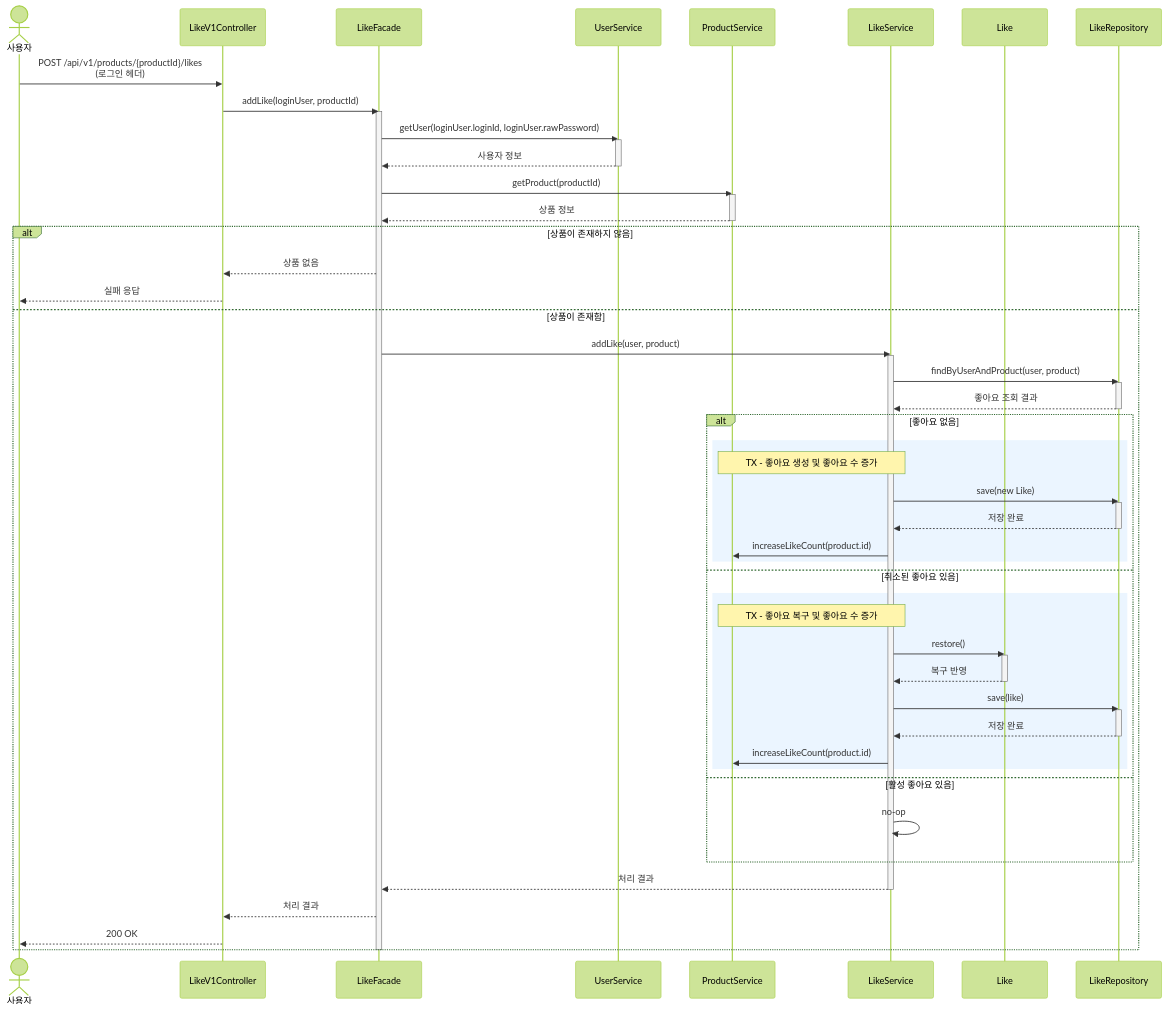
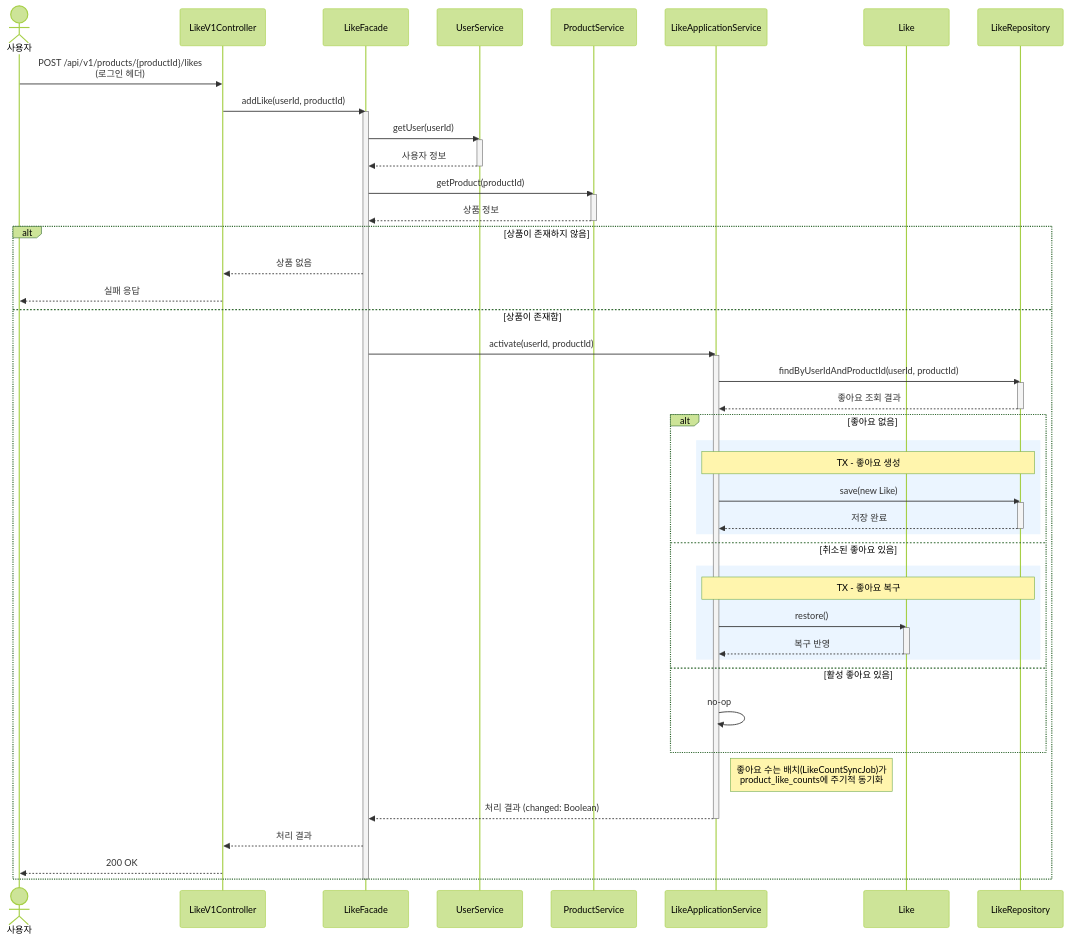
The fourth of 7 diagrams in docs/week2/02-sequence-diagrams.md (loopers-labs/loop-pack-be-l2-vol4-kotlin), drawn with Mermaid (forest theme) before and after one commit. The commit also changed other lines of this file and 3 other files, not shown here.

````diff
--- a/docs/week2/02-sequence-diagrams.md
+++ b/docs/week2/02-sequence-diagrams.md
@@ -203,69 +212,65 @@
 ```mermaid
 sequenceDiagram
     actor User as 사용자
     participant Controller as LikeV1Controller
     participant Facade as LikeFacade
     participant UserService as UserService
     participant ProductService as ProductService
-    participant LikeService as LikeService
+    participant LikeService as LikeApplicationService
     participant Like as Like
     participant LikeRepository as LikeRepository
 
     User->>Controller: POST /api/v1/products/{productId}/likes<br/>(로그인 헤더)
-    Controller->>Facade: addLike(loginUser, productId)
+    Controller->>Facade: addLike(userId, productId)
     activate Facade
 
-    Facade->>UserService: getUser(loginUser.loginId, loginUser.rawPassword)
+    Facade->>UserService: getUser(userId)
     activate UserService
     UserService-->>Facade: 사용자 정보
     deactivate UserService
 
     Facade->>ProductService: getProduct(productId)
     activate ProductService
     ProductService-->>Facade: 상품 정보
     deactivate ProductService
 
     alt 상품이 존재하지 않음
         Facade-->>Controller: 상품 없음
         Controller-->>User: 실패 응답
     else 상품이 존재함
-        Facade->>LikeService: addLike(user, product)
+        Facade->>LikeService: activate(userId, productId)
         activate LikeService
-        LikeService->>LikeRepository: findByUserAndProduct(user, product)
+        LikeService->>LikeRepository: findByUserIdAndProductId(userId, productId)
         activate LikeRepository
         LikeRepository-->>LikeService: 좋아요 조회 결과
         deactivate LikeRepository
 
         alt 좋아요 없음
             rect rgb(235, 245, 255)
-                Note over LikeService,ProductService: TX - 좋아요 생성 및 좋아요 수 증가
+                Note over LikeService,LikeRepository: TX - 좋아요 생성
                 LikeService->>LikeRepository: save(new Like)
                 activate LikeRepository
                 LikeRepository-->>LikeService: 저장 완료
                 deactivate LikeRepository
-                LikeService->>ProductService: increaseLikeCount(product.id)
             end
         else 취소된 좋아요 있음
             rect rgb(235, 245, 255)
-                Note over LikeService,ProductService: TX - 좋아요 복구 및 좋아요 수 증가
+                Note over LikeService,LikeRepository: TX - 좋아요 복구
                 LikeService->>Like: restore()
                 activate Like
                 Like-->>LikeService: 복구 반영
                 deactivate Like
-                LikeService->>LikeRepository: save(like)
-                activate LikeRepository
-                LikeRepository-->>LikeService: 저장 완료
-                deactivate LikeRepository
-                LikeService->>ProductService: increaseLikeCount(product.id)
             end
         else 활성 좋아요 있음
             LikeService->>LikeService: no-op
         end
 
-        LikeService-->>Facade: 처리 결과
+        Note right of LikeService: 좋아요 수는 배치(LikeCountSyncJob)가<br/>product_like_counts에 주기적 동기화
+
+        LikeService-->>Facade: 처리 결과 (changed: Boolean)
         deactivate LikeService
         Facade-->>Controller: 처리 결과
         Controller-->>User: 200 OK
     end
     deactivate Facade
 ```
````
